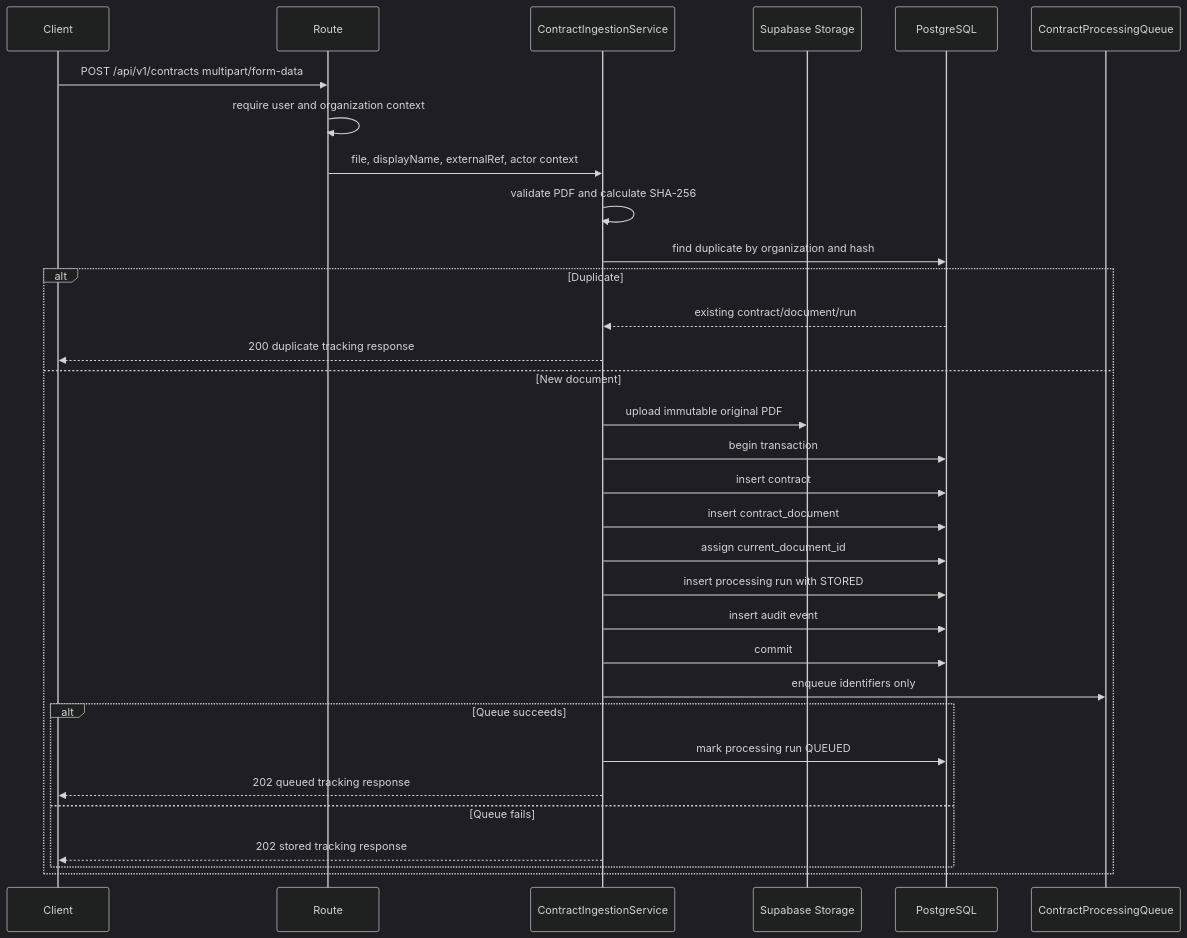
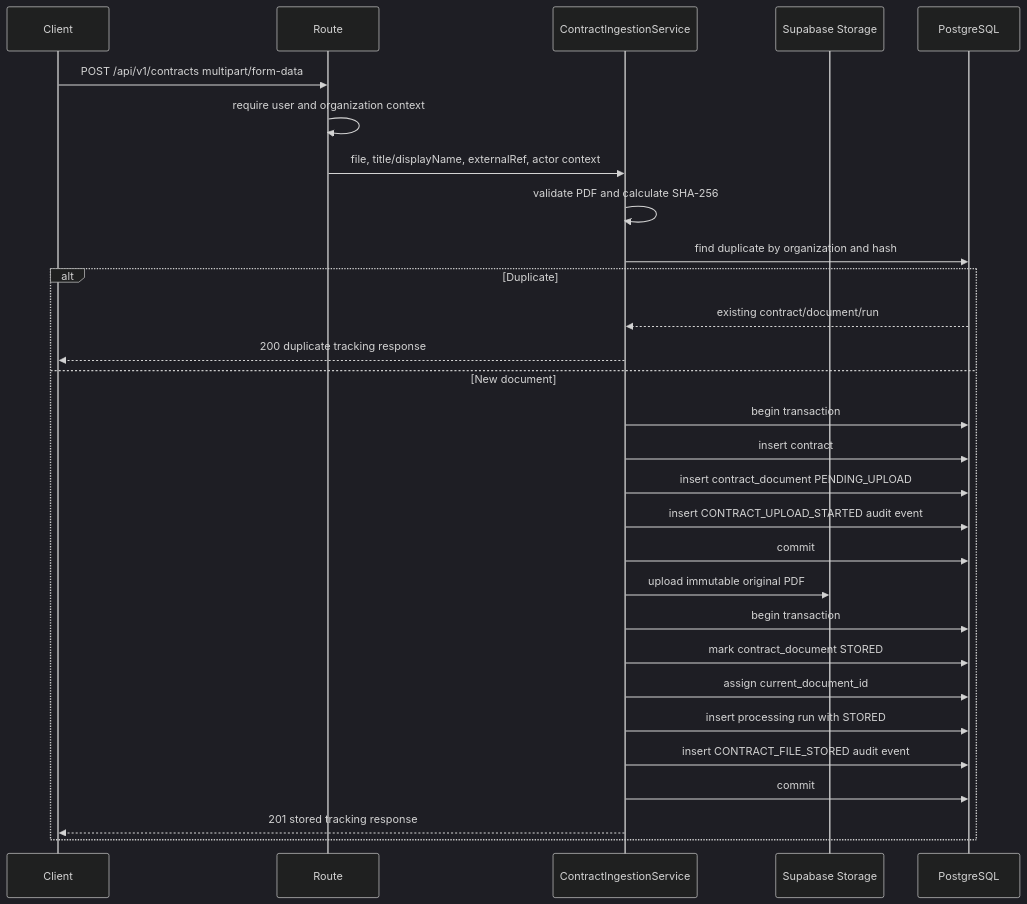
One commit to ShubhamYadav-25/contract-obligation-tracker changed the diagram in docs/modules/contract-ingestion.md. Above: the diagram before and after it, drawn with Mermaid (dark theme). The commit also changed other lines of this file and 80 other files, not shown here.

````diff
--- a/docs/modules/contract-ingestion.md
+++ b/docs/modules/contract-ingestion.md
@@ -42,35 +40,32 @@
 ```mermaid
 sequenceDiagram
   participant Client
   participant Route
   participant Service as ContractIngestionService
   participant Storage as Supabase Storage
   participant DB as PostgreSQL
-  participant Queue as ContractProcessingQueue
 
   Client->>Route: POST /api/v1/contracts multipart/form-data
   Route->>Route: require user and organization context
-  Route->>Service: file, displayName, externalRef, actor context
+  Route->>Service: file, title/displayName, externalRef, actor context
   Service->>Service: validate PDF and calculate SHA-256
   Service->>DB: find duplicate by organization and hash
   alt Duplicate
     DB-->>Service: existing contract/document/run
     Service-->>Client: 200 duplicate tracking response
   else New document
+    Service->>DB: begin transaction
+    Service->>DB: insert contract
+    Service->>DB: insert contract_document PENDING_UPLOAD
+    Service->>DB: insert CONTRACT_UPLOAD_STARTED audit event
+    Service->>DB: commit
     Service->>Storage: upload immutable original PDF
     Service->>DB: begin transaction
-    Service->>DB: insert contract
-    Service->>DB: insert contract_document
+    Service->>DB: mark contract_document STORED
     Service->>DB: assign current_document_id
     Service->>DB: insert processing run with STORED
-    Service->>DB: insert audit event
+    Service->>DB: insert CONTRACT_FILE_STORED audit event
     Service->>DB: commit
-    Service->>Queue: enqueue identifiers only
-    alt Queue succeeds
-      Service->>DB: mark processing run QUEUED
-      Service-->>Client: 202 queued tracking response
-    else Queue fails
-      Service-->>Client: 202 stored tracking response
-    end
+    Service-->>Client: 201 stored tracking response
   end
 ```
````
